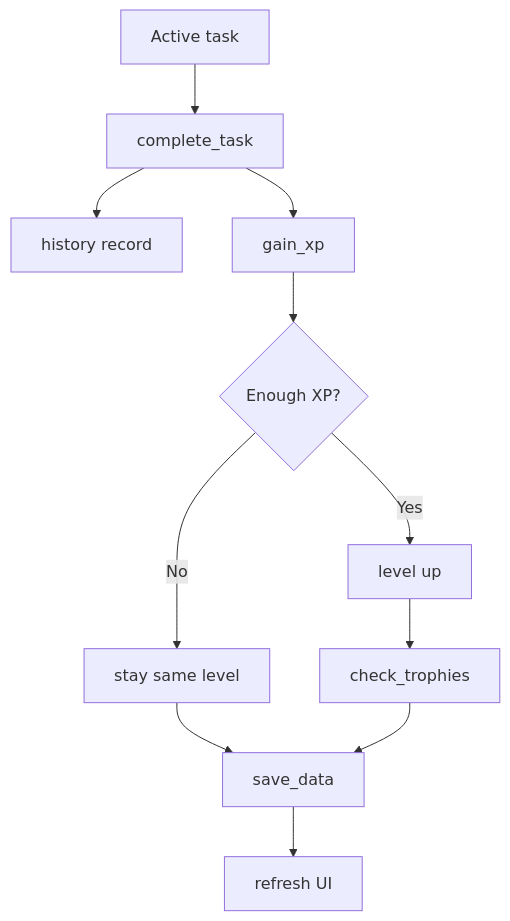
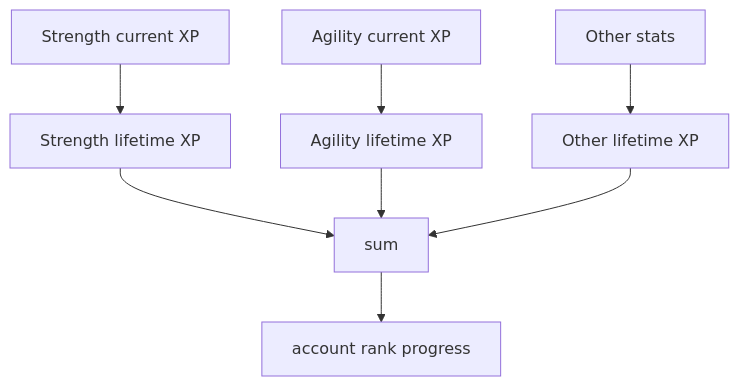
Diagram 11 of 30 in docs/beginner-guide/02-intermediate.md (nimbold/LifeXP), drawn with Mermaid before and after one commit. The commit also changed other lines of this file, not shown here.

````diff
--- a/docs/beginner-guide/02-intermediate.md
+++ b/docs/beginner-guide/02-intermediate.md
@@ -173,13 +621,10 @@
 ```mermaid
 flowchart TD
-    A["Active task"] --> B["complete_task"]
-    B --> C["history record"]
-    B --> D["gain_xp"]
-    D --> E{"Enough XP?"}
-    E -->|Yes| F["level up"]
-    E -->|No| G["stay same level"]
-    F --> H["check_trophies"]
-    G --> I["save_data"]
-    H --> I
-    I --> J["refresh UI"]
+    A["Strength current XP"] --> B["Strength lifetime XP"]
+    C["Agility current XP"] --> D["Agility lifetime XP"]
+    E["Other stats"] --> F["Other lifetime XP"]
+    B --> G["sum"]
+    D --> G
+    F --> G
+    G --> H["account rank progress"]
 ```
````
